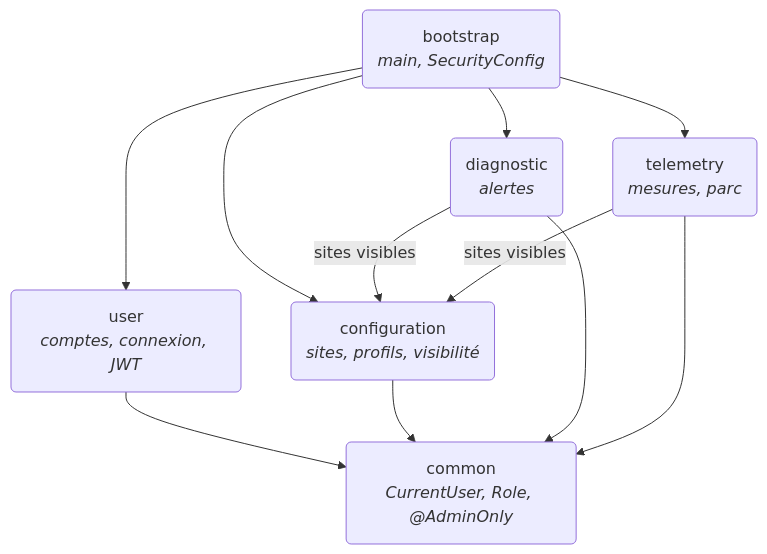
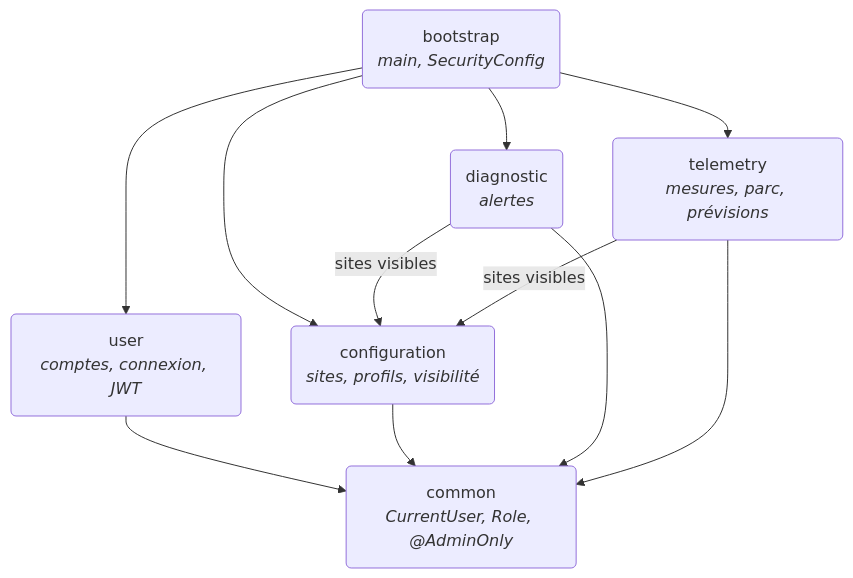
Before and after one commit to enervision-project/smart-energy-optimizer: the first of 2 diagrams in services/core-api/docs/index.md, drawn with Mermaid. The commit also changed other lines of this file and 15 other files, not shown here.

````diff
--- a/services/core-api/docs/index.md
+++ b/services/core-api/docs/index.md
@@ -7,13 +7,13 @@
 ```mermaid
 flowchart TD
     APP("bootstrap<br/><i>main, SecurityConfig</i>")
     USER("user<br/><i>comptes, connexion, JWT</i>")
     CONF("configuration<br/><i>sites, profils, visibilité</i>")
     DIAG("diagnostic<br/><i>alertes</i>")
-    TELEM("telemetry<br/><i>mesures, parc</i>")
+    TELEM("telemetry<br/><i>mesures, parc, prévisions</i>")
     COMMON("common<br/><i>CurrentUser, Role, @AdminOnly</i>")
 
     APP --> USER & CONF & DIAG & TELEM
     DIAG & TELEM -->|sites visibles| CONF
     USER & CONF & DIAG & TELEM --> COMMON
 ```
````
